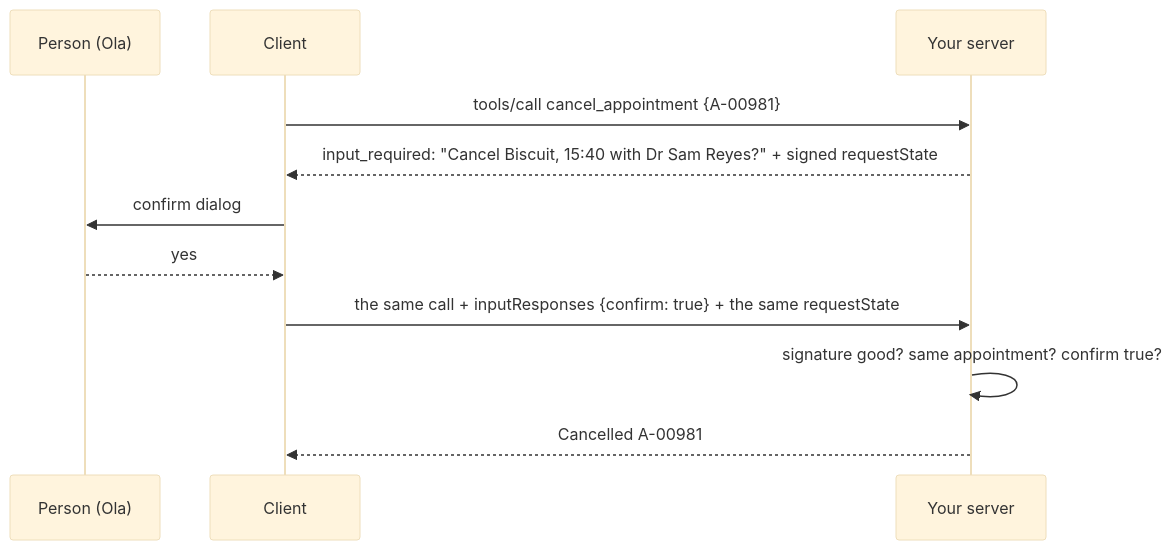
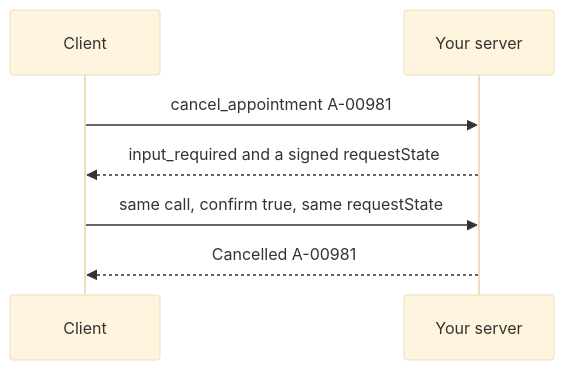
The diagram in parts/03-open-the-server-safely/06-confirm-before-cancel/problem/README.md (learnwithparam/mcp-workshop), drawn with Mermaid (base theme) before and after one commit. The commit also changed other lines of this file and 153 other files, not shown here.

````diff
--- a/parts/03-open-the-server-safely/06-confirm-before-cancel/problem/README.md
+++ b/parts/03-open-the-server-safely/06-confirm-before-cancel/problem/README.md
@@ -15,13 +7,9 @@
 ```mermaid
 sequenceDiagram
-  participant P as Person (Ola)
   participant C as Client
   participant S as Your server
-  C->>S: tools/call cancel_appointment {A-00981}
-  S-->>C: input_required: "Cancel Biscuit, 15:40 with Dr Sam Reyes?" + signed requestState
-  C->>P: confirm dialog
-  P-->>C: yes
-  C->>S: the same call + inputResponses {confirm: true} + the same requestState
-  S->>S: signature good? same appointment? confirm true?
+  C->>S: cancel_appointment A-00981
+  S-->>C: input_required and a signed requestState
+  C->>S: same call, confirm true, same requestState
   S-->>C: Cancelled A-00981
 ```
````
